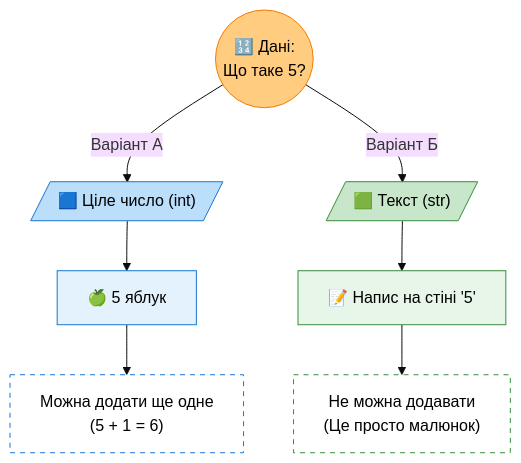
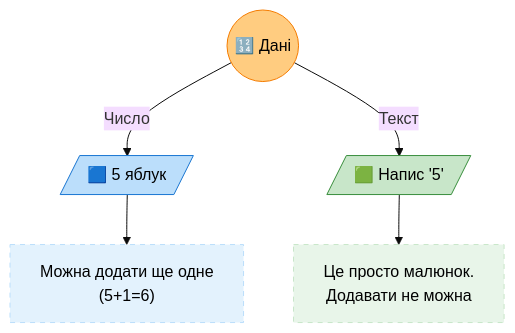
Before and after one commit to dmytroway/python3-code-inf: the fourth of 4 diagrams in content/Курс python/lesson1.md, drawn with Mermaid (base theme).

Commit message:
мермейд 2

````diff
--- a/content/Курс python/lesson1.md
+++ b/content/Курс python/lesson1.md
@@ -219,26 +219,20 @@
 ```mermaid
 graph TD
     %% Головний вузол
-    Root(("🔢 Дані: <br/>Що таке 5?"))
+    Root(("🔢 Дані"))
 
-    %% Гілка Цілого числа
-    Root -->|Варіант А| IntBlock[/"🟦 Ціле число (int)"/]
-    IntBlock --> Ex1["🍏 5 яблук"]
-    Ex1 --> Act1["Можна додати ще одне<br/>(5 + 1 = 6)"]
+    %% Гілка чисел
+    Root -->|Число| IntNode[/"🟦 5 яблук"/]
+    IntNode --> IntDesc["Можна додати ще одне<br/>(5+1=6)"]
 
-    %% Гілка Тексту
-    Root -->|Варіант Б| StrBlock[/"🟩 Текст (str)"/]
-    StrBlock --> Ex2["📝 Напис на стіні '5'"]
-    Ex2 --> Act2["Не можна додавати<br/>(Це просто малюнок)"]
+    %% Гілка тексту
+    Root -->|Текст| StrNode[/"🟩 Напис '5'"/]
+    StrNode --> StrDesc["Це просто малюнок.<br/>Додавати не можна"]
 
-    %% Стилізація
+    %% Стилі (Явний чорний колір тексту для читабельності)
     style Root fill:#ffcc80,stroke:#f57c00,color:black
-    
-    style IntBlock fill:#bbdefb,stroke:#1976D2,color:black
-    style Ex1 fill:#e3f2fd,stroke:#1976D2,color:black
-    style Act1 fill:#fff,stroke:#1976D2,stroke-dasharray: 5 5,color:black
-
-    style StrBlock fill:#c8e6c9,stroke:#388E3C,color:black
-    style Ex2 fill:#e8f5e9,stroke:#388E3C,color:black
-    style Act2 fill:#fff,stroke:#388E3C,stroke-dasharray: 5 5,color:black
+    style IntNode fill:#bbdefb,stroke:#1976D2,color:black
+    style StrNode fill:#c8e6c9,stroke:#388E3C,color:black
+    style IntDesc fill:#e3f2fd,stroke:#bbdefb,color:black,stroke-dasharray: 5 5
+    style StrDesc fill:#e8f5e9,stroke:#c8e6c9,color:black,stroke-dasharray: 5 5
 ```
````
